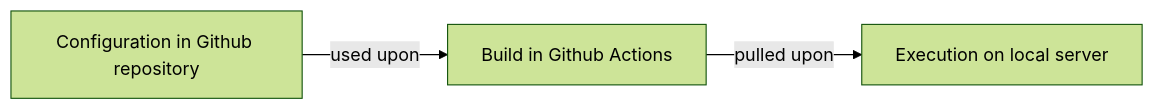
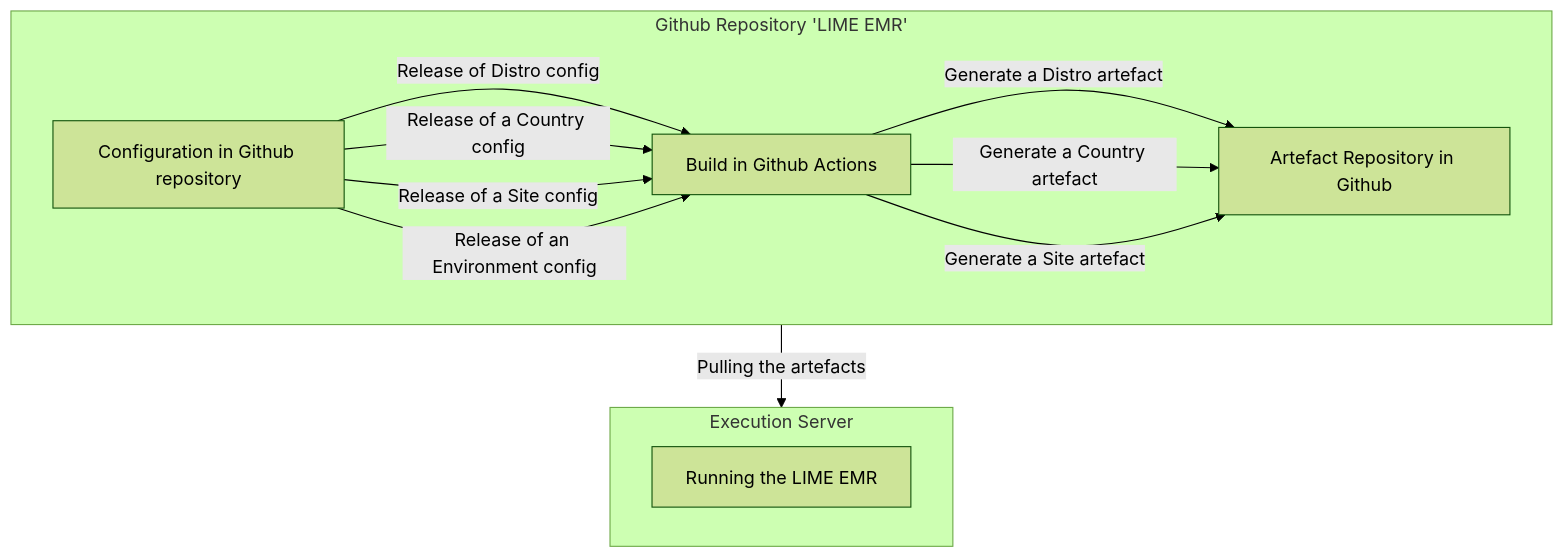
One commit to MSF-OCG/LIME-EMR changed the diagram in README.md. Above: the diagram before and after it, drawn with Mermaid.

````diff
--- a/README.md
+++ b/README.md
@@ -3,6 +4,22 @@
 ```mermaid
 %%{init: {'theme':'forest'}}%%
-flowchart LR
-      A[Configuration in Github repository] -->|used upon| B[Build in Github Actions]
-      B -->|pulled upon| C[Execution on local server]
+flowchart TD
+
+subgraph Z["Github Repository 'LIME EMR'"]
+direction LR
+  A[Configuration in Github repository] -->|Release of Distro config| B[Build in Github Actions]
+      A -->|Release of a Country config| B
+      A -->|Release of a Site config| B
+      A -->|Release of an Environment config| B
+  B --> |Generate a Distro artefact| C[Artefact Repository in Github]
+      B --> |Generate a Country artefact| C
+      B --> |Generate a Site artefact| C
+end
+
+subgraph ZA["Execution Server"]
+direction LR
+      D[Running the LIME EMR]
+end
+
+Z --> |Pulling the artefacts| ZA
 ```
````
